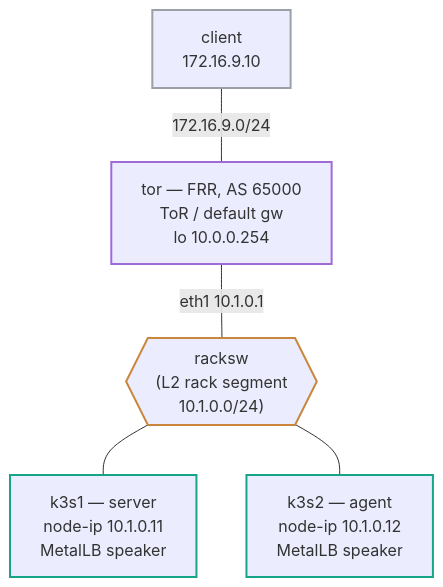
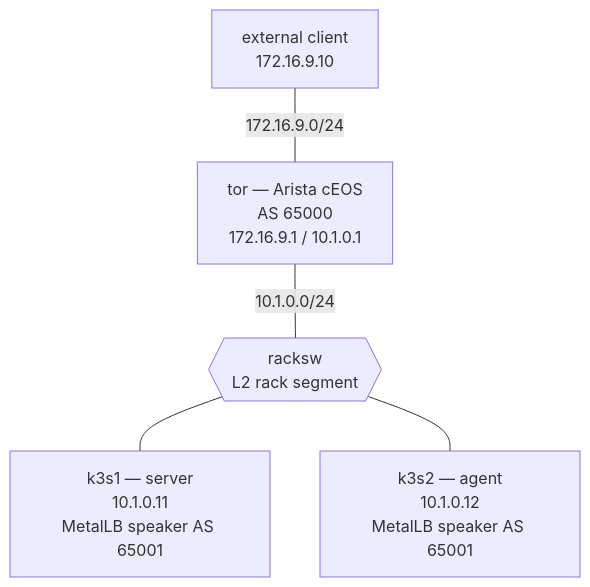
Before and after one commit to jschless/networkingLabs: the diagram in labs/k8s-fabric/README.md, drawn with Mermaid. The commit also changed other lines of this file and 198 other files, not shown here.

````diff
--- a/labs/k8s-fabric/README.md
+++ b/labs/k8s-fabric/README.md
@@ -19,22 +14,13 @@
 ```mermaid
 flowchart TB
-    client["client<br/>172.16.9.10"]
-    tor["tor — FRR, AS 65000<br/>ToR / default gw<br/>lo 10.0.0.254"]
-    racksw{{"racksw<br/>(L2 rack segment<br/>10.1.0.0/24)"}}
-    k3s1["k3s1 — server<br/>node-ip 10.1.0.11<br/>MetalLB speaker"]
-    k3s2["k3s2 — agent<br/>node-ip 10.1.0.12<br/>MetalLB speaker"]
+    client["external client<br/>172.16.9.10"]
+    tor["tor — Arista cEOS<br/>AS 65000<br/>172.16.9.1 / 10.1.0.1"]
+    racksw{{"racksw<br/>L2 rack segment"}}
+    k3s1["k3s1 — server<br/>10.1.0.11<br/>MetalLB speaker AS 65001"]
+    k3s2["k3s2 — agent<br/>10.1.0.12<br/>MetalLB speaker AS 65001"]
 
-    client --- |"172.16.9.0/24"| tor
-    tor --- |"eth1 10.1.0.1"| racksw
+    client ---|"172.16.9.0/24"| tor
+    tor ---|"10.1.0.0/24"| racksw
     racksw --- k3s1
     racksw --- k3s2
-
-    classDef rtr stroke:#a06bd6,stroke-width:2px
-    classDef k8s stroke:#17a589,stroke-width:2px
-    classDef cli stroke:#9aa0a6,stroke-width:2px
-    classDef sw stroke:#c8873c,stroke-width:2px
-    class tor rtr
-    class k3s1,k3s2 k8s
-    class client cli
-    class racksw sw
 ```
````
